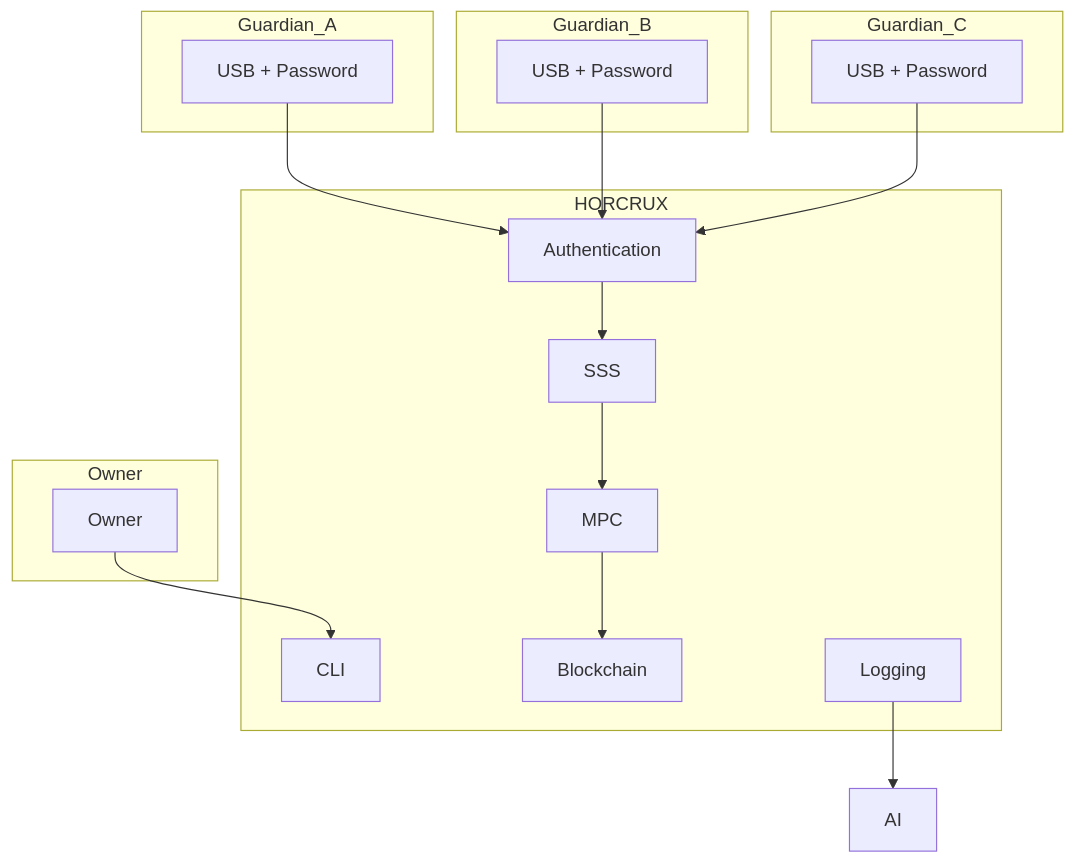
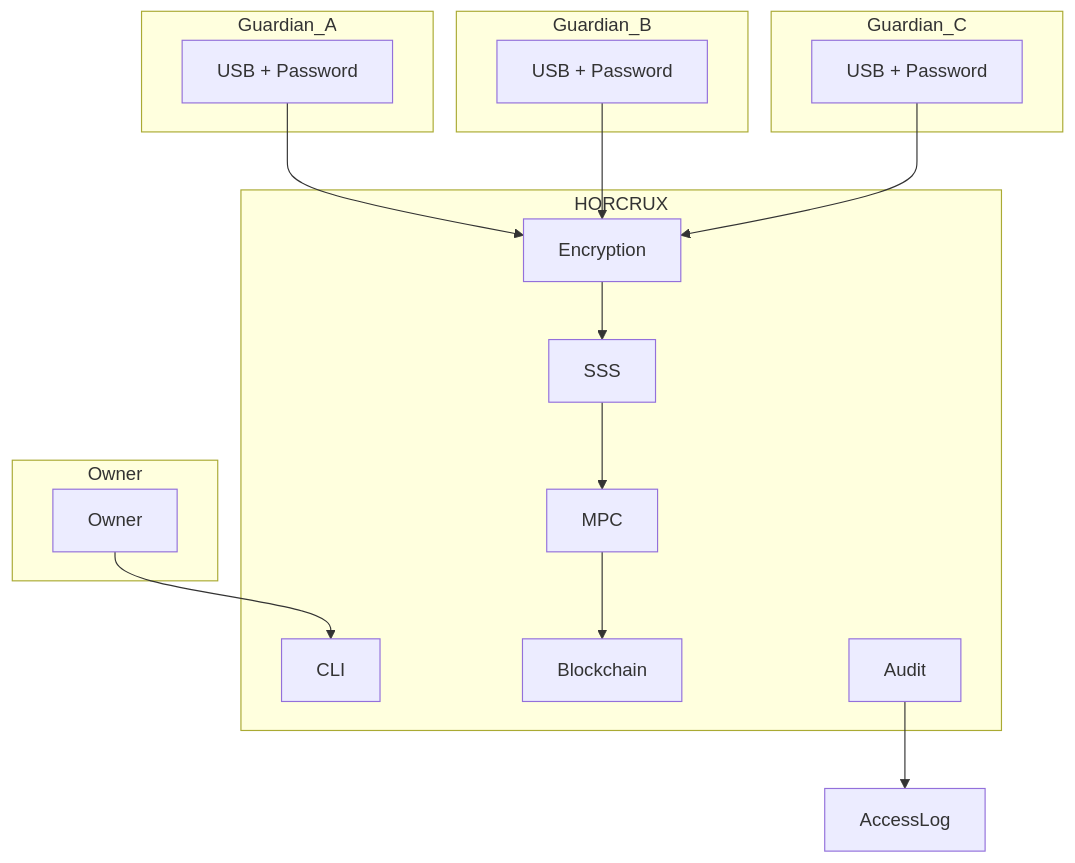
The ninth of 15 diagrams in Architecture.md (rishi-xyz/horcrux), drawn with Mermaid before and after one commit. The commit also changed other lines of this file and 12 other files, not shown here.

````diff
--- a/Architecture.md
+++ b/Architecture.md
@@ -1067,42 +834,37 @@
 ```mermaid
 flowchart TD
 
 subgraph Owner
 A[Owner]
 end
 
 subgraph Guardian_A
 B[USB + Password]
 end
 
 subgraph Guardian_B
 C[USB + Password]
 end
 
 subgraph Guardian_C
 D[USB + Password]
 end
 
 subgraph HORCRUX
 E[CLI]
-F[Authentication]
+F[Encryption]
 G[SSS]
 H[MPC]
 I[Blockchain]
-J[Logging]
+J[Audit]
 end
 
 A --> E
-
 B --> F
 C --> F
 D --> F
-
 F --> G
-
 G --> H
-
 H --> I
-
-J --> AI
+J --> AccessLog
 ```
````
